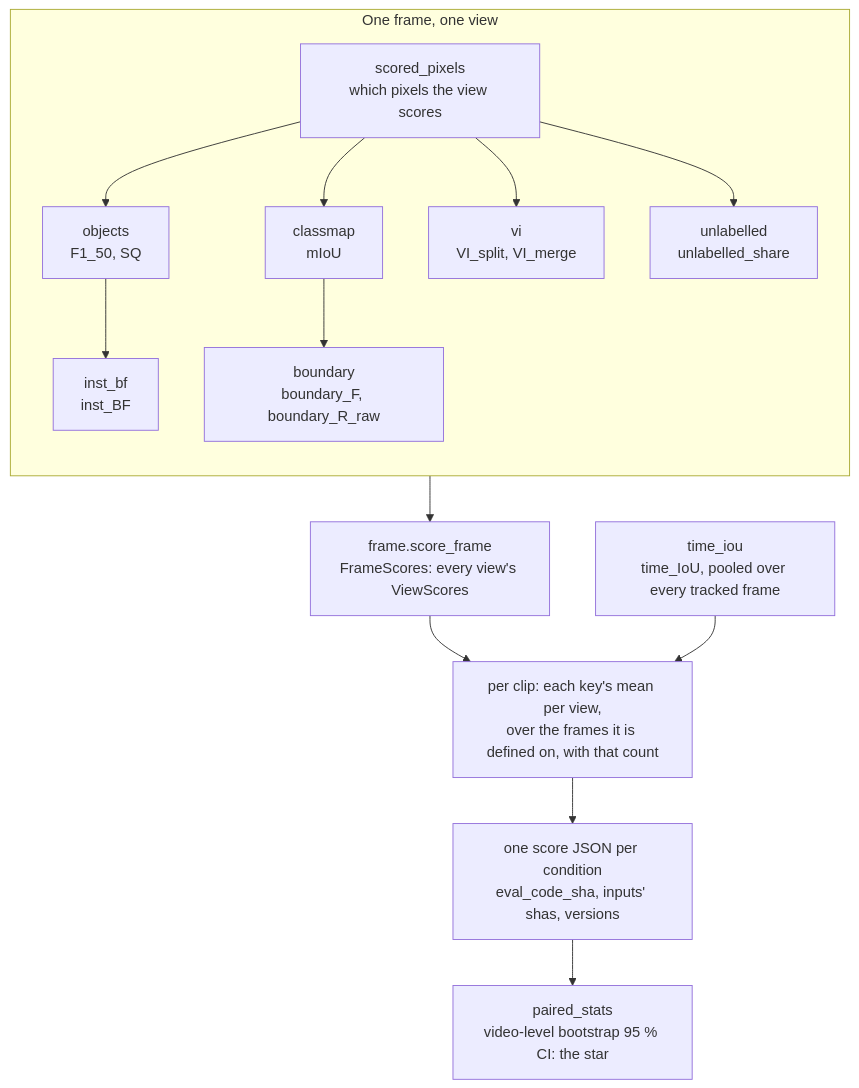
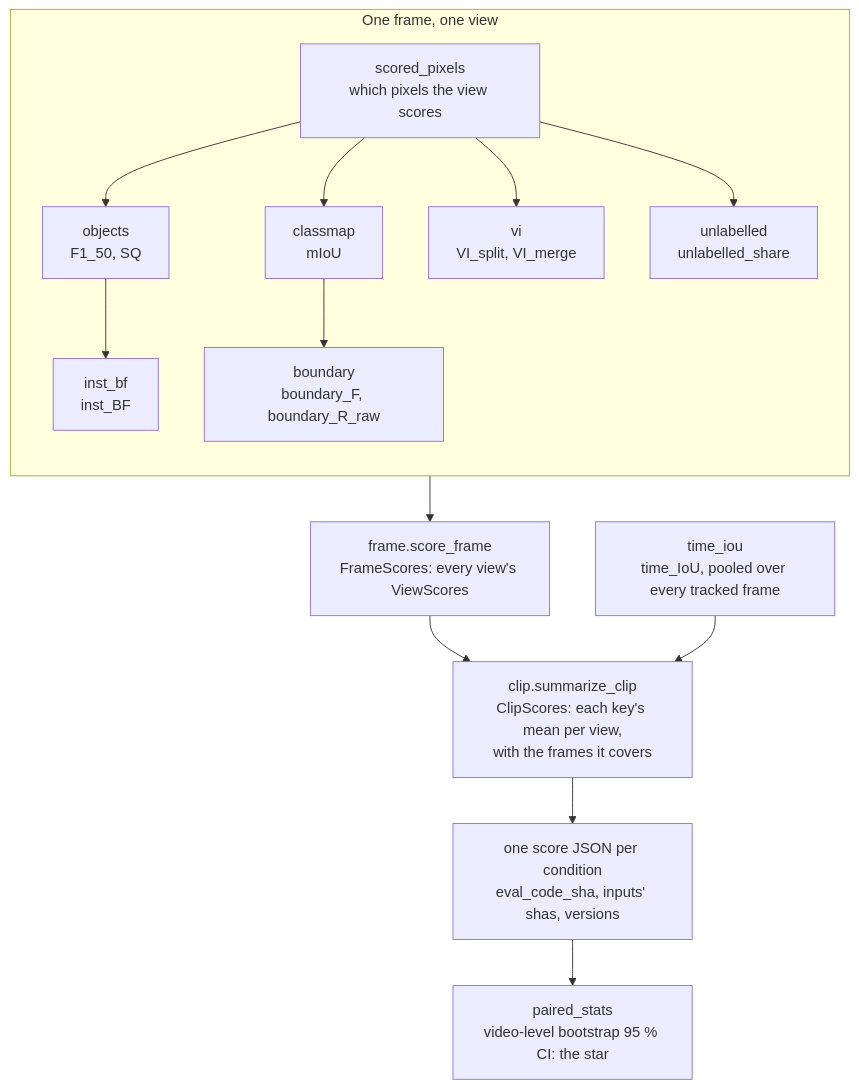
One commit to TaiToTo/omnisurg-4d-scene-graph changed the diagram in evalkit/README.md. Above: the diagram before and after it, drawn with Mermaid. The commit also changed other lines of this file and 1 other file, not shown here.

First line of the commit message:
evalkit: shorter clip docstring, and the clip layer in the README

````diff
--- a/evalkit/README.md
+++ b/evalkit/README.md
@@ -9,27 +9,27 @@
 ```mermaid
 flowchart TB
     subgraph frame["One frame, one view"]
         direction TB
         S["scored_pixels<br/>which pixels the view scores"]
         O["objects<br/>F1_50, SQ"]
         B["inst_bf<br/>inst_BF"]
         C["classmap<br/>mIoU"]
         D["boundary<br/>boundary_F, boundary_R_raw"]
         V["vi<br/>VI_split, VI_merge"]
         U["unlabelled<br/>unlabelled_share"]
         S --> O --> B
         S --> C --> D
         S --> V
         S --> U
     end
     F["frame.score_frame<br/>FrameScores: every view's ViewScores"]
     frame --> F
     T["time_iou<br/>time_IoU, pooled over every tracked frame"]
-    K["per clip: each key's mean per view,<br/>over the frames it is defined on, with that count"]
+    K["clip.summarize_clip<br/>ClipScores: each key's mean per view,<br/>with the frames it covers"]
     F --> K
     T --> K
     J["one score JSON per condition<br/>eval_code_sha, inputs' shas, versions"]
     K --> J
     P["paired_stats<br/>video-level bootstrap 95 % CI: the star"]
     J --> P
 ```
````
